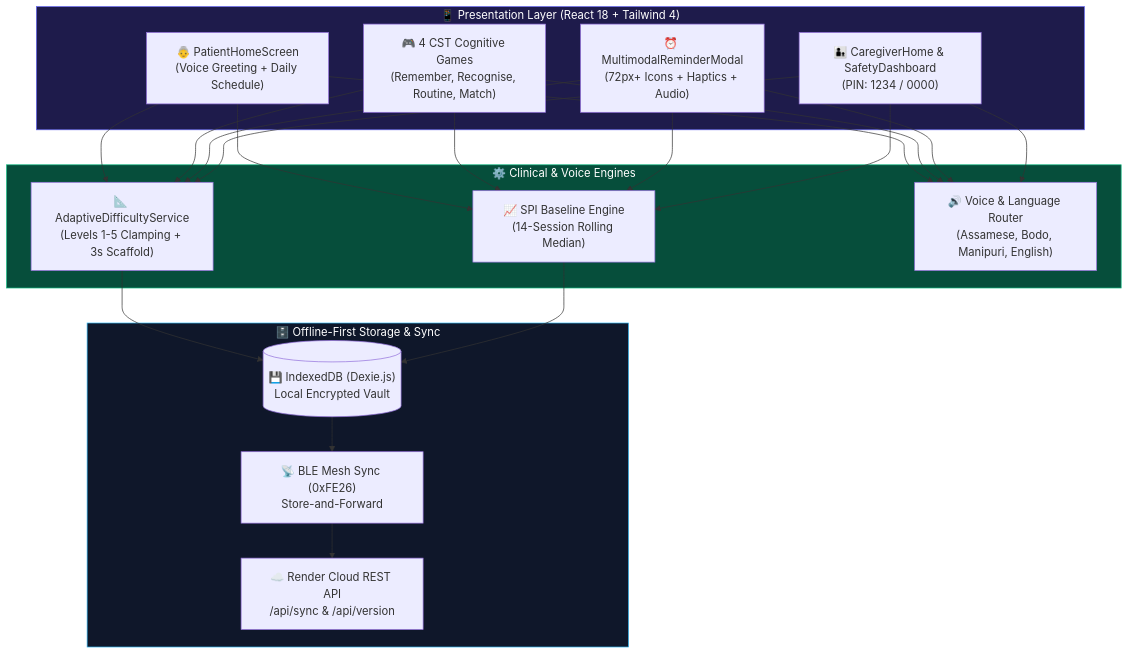
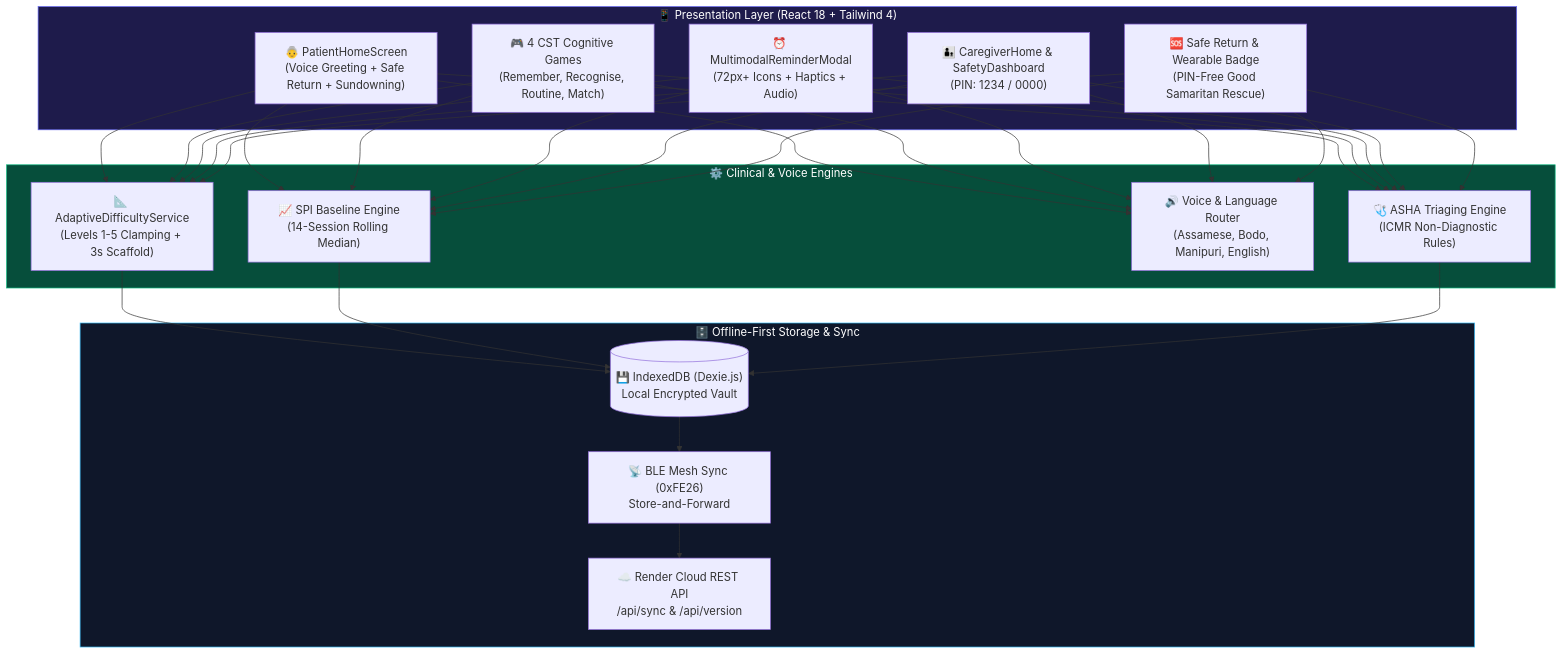
Before and after one commit to yoursexybhavya/smriti-sathi: the second of 4 diagrams in smriti-sathi/README.md, drawn with Mermaid. The commit also changed other lines of this file and 20 other files, not shown here.

Commit message:
feat(sih): v2.9.2 Safe Return Lost Elder Rescue, Wearable ID Badge, Sundowning Care & ASHA Triaging Hub

````diff
--- a/smriti-sathi/README.md
+++ b/smriti-sathi/README.md
@@ -17,29 +37,31 @@
 ```mermaid
 flowchart TB
     subgraph UI["📱 Presentation Layer (React 18 + Tailwind 4)"]
-        HOME["👵 PatientHomeScreen\n(Voice Greeting + Daily Schedule)"]
+        HOME["👵 PatientHomeScreen\n(Voice Greeting + Safe Return + Sundowning)"]
         GAMES["🎮 4 CST Cognitive Games\n(Remember, Recognise, Routine, Match)"]
         REM["⏰ MultimodalReminderModal\n(72px+ Icons + Haptics + Audio)"]
         CARE["👨‍👦 CaregiverHome & SafetyDashboard\n(PIN: 1234 / 0000)"]
+        EMERG["🆘 Safe Return & Wearable Badge\n(PIN-Free Good Samaritan Rescue)"]
     end
 
     subgraph ENGINE["⚙️ Clinical & Voice Engines"]
         ADAPT["📐 AdaptiveDifficultyService\n(Levels 1-5 Clamping + 3s Scaffold)"]
         SPI["📈 SPI Baseline Engine\n(14-Session Rolling Median)"]
         VOICE["🔊 Voice & Language Router\n(Assamese, Bodo, Manipuri, English)"]
+        ASHA["🩺 ASHA Triaging Engine\n(ICMR Non-Diagnostic Rules)"]
     end
 
     subgraph STORAGE["🗄️ Offline-First Storage & Sync"]
         DEXIE[("💾 IndexedDB (Dexie.js)\nLocal Encrypted Vault")]
         BLE["📡 BLE Mesh Sync (0xFE26)\nStore-and-Forward"]
         CLOUD["☁️ Render Cloud REST API\n/api/sync & /api/version"]
     end
 
-    HOME & GAMES & REM & CARE --> ADAPT & SPI & VOICE
-    ADAPT & SPI --> DEXIE
+    HOME & GAMES & REM & CARE & EMERG --> ADAPT & SPI & VOICE & ASHA
+    ADAPT & SPI & ASHA --> DEXIE
     DEXIE --> BLE --> CLOUD
 
     style UI fill:#1e1b4b,stroke:#6366f1,color:#ffffff
     style ENGINE fill:#064e3b,stroke:#10b981,color:#ffffff
     style STORAGE fill:#0f172a,stroke:#38bdf8,color:#ffffff
 ```
````
